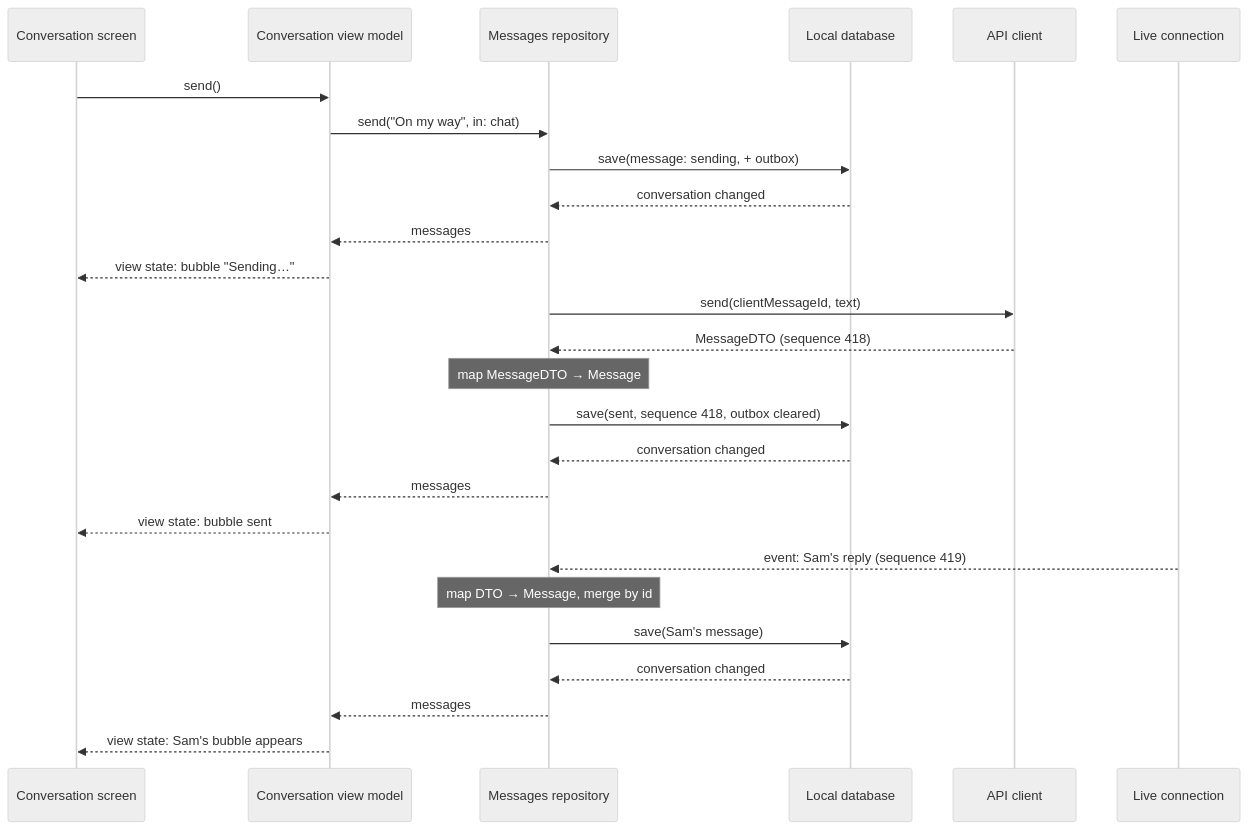
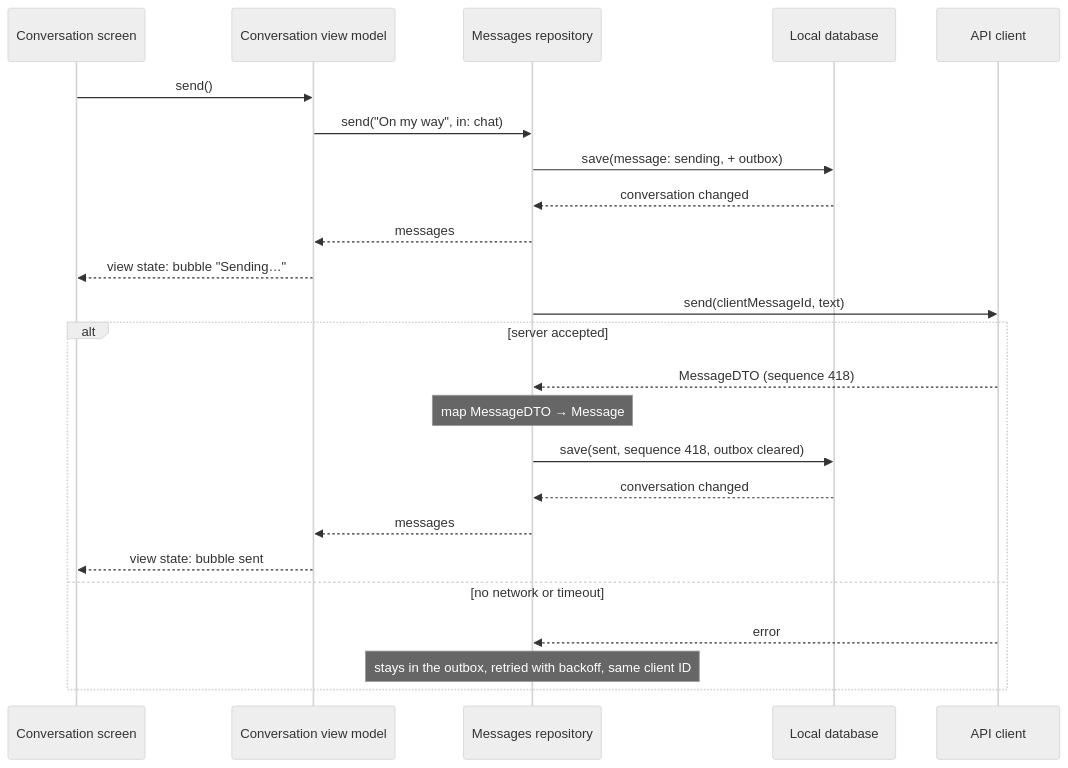
The second of 4 diagrams in topics/system-design/03-chat-client.md (rezabina86/reference-desk), drawn with Mermaid (neutral theme) before and after one commit. The commit also changed other lines of this file and 5 other files, not shown here.

````diff
--- a/topics/system-design/03-chat-client.md
+++ b/topics/system-design/03-chat-client.md
@@ -446,28 +453,26 @@
 ```mermaid
 sequenceDiagram
   participant V as Conversation screen
   participant VM as Conversation view model
   participant R as Messages repository
   participant DB as Local database
   participant A as API client
-  participant S as Live connection
   V->>VM: send()
   VM->>R: send("On my way", in: chat)
   R->>DB: save(message: sending, + outbox)
   DB-->>R: conversation changed
   R-->>VM: messages
   VM-->>V: view state: bubble "Sending…"
   R->>A: send(clientMessageId, text)
-  A-->>R: MessageDTO (sequence 418)
-  Note over R: map MessageDTO → Message
-  R->>DB: save(sent, sequence 418, outbox cleared)
-  DB-->>R: conversation changed
-  R-->>VM: messages
-  VM-->>V: view state: bubble sent
-  S-->>R: event: Sam's reply (sequence 419)
-  Note over R: map DTO → Message, merge by id
-  R->>DB: save(Sam's message)
-  DB-->>R: conversation changed
-  R-->>VM: messages
-  VM-->>V: view state: Sam's bubble appears
+  alt server accepted
+    A-->>R: MessageDTO (sequence 418)
+    Note over R: map MessageDTO → Message
+    R->>DB: save(sent, sequence 418, outbox cleared)
+    DB-->>R: conversation changed
+    R-->>VM: messages
+    VM-->>V: view state: bubble sent
+  else no network or timeout
+    A-->>R: error
+    Note over R: stays in the outbox, retried with backoff, same client ID
+  end
 ```
````
